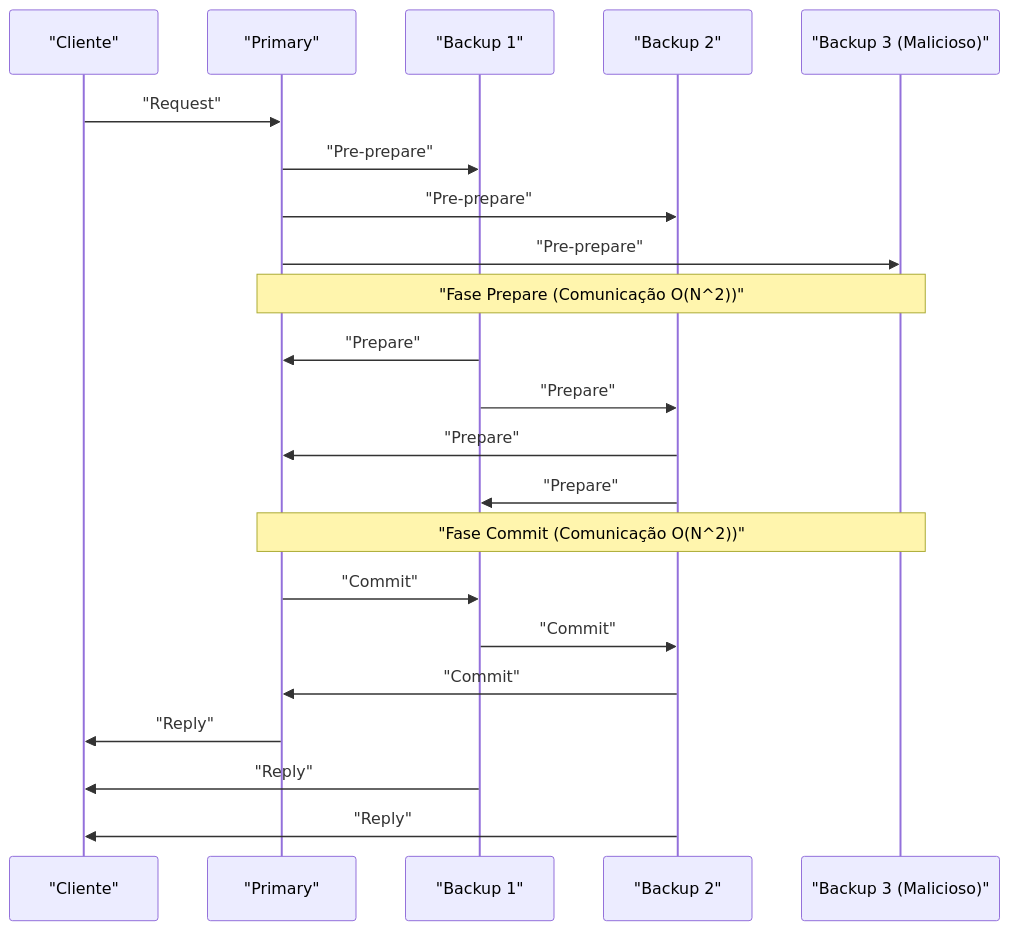
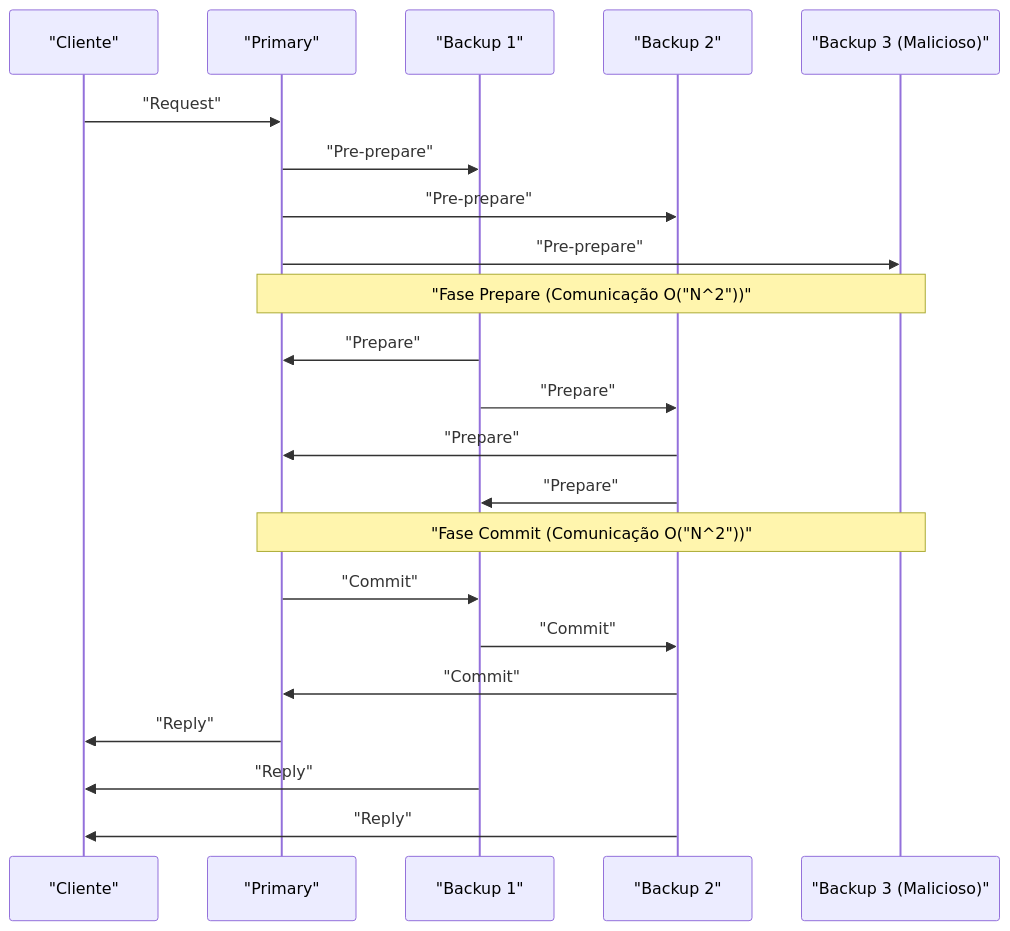
Before and after one commit to kenjinote/blog: the third of 3 diagrams in content/post/byzantine-generals-problem-consensus/index.pt.md, drawn with Mermaid. The commit also changed 929 other files, not shown here.

Commit message:
fix: Add double quotes to all Mermaid node texts to resolve syntax errors

````diff
--- a/content/post/byzantine-generals-problem-consensus/index.pt.md
+++ b/content/post/byzantine-generals-problem-consensus/index.pt.md
@@ -242,28 +242,28 @@
 ```mermaid
 sequenceDiagram
     participant C as "Cliente"
     participant P as "Primary"
     participant B1 as "Backup 1"
     participant B2 as "Backup 2"
     participant B3 as "Backup 3 (Malicioso)"
 
     C->>P: "Request"
     P->>B1: "Pre-prepare"
     P->>B2: "Pre-prepare"
     P->>B3: "Pre-prepare"
     
-    Note over P,B3: "Fase Prepare (Comunicação O(N^2))"
+    Note over P,B3: "Fase Prepare (Comunicação O("N^2"))"
     B1->>P: "Prepare"
     B1->>B2: "Prepare"
     B2->>P: "Prepare"
     B2->>B1: "Prepare"
     
-    Note over P,B3: "Fase Commit (Comunicação O(N^2))"
+    Note over P,B3: "Fase Commit (Comunicação O("N^2"))"
     P->>B1: "Commit"
     B1->>B2: "Commit"
     B2->>P: "Commit"
     
     P->>C: "Reply"
     B1->>C: "Reply"
     B2->>C: "Reply"
 ```
````
